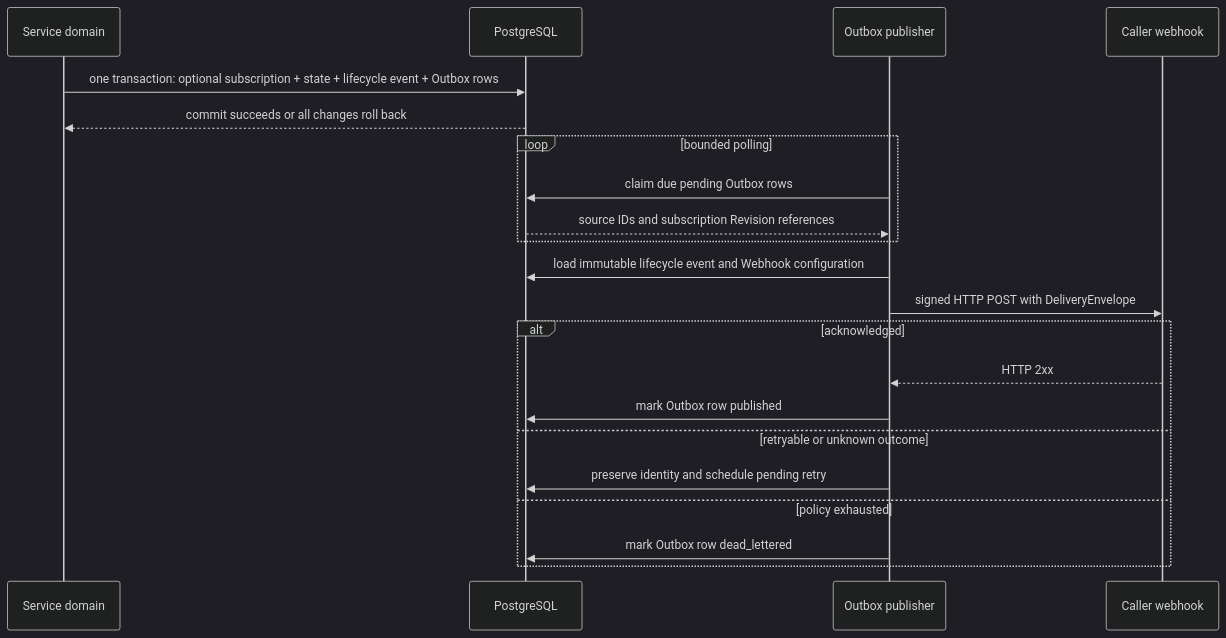
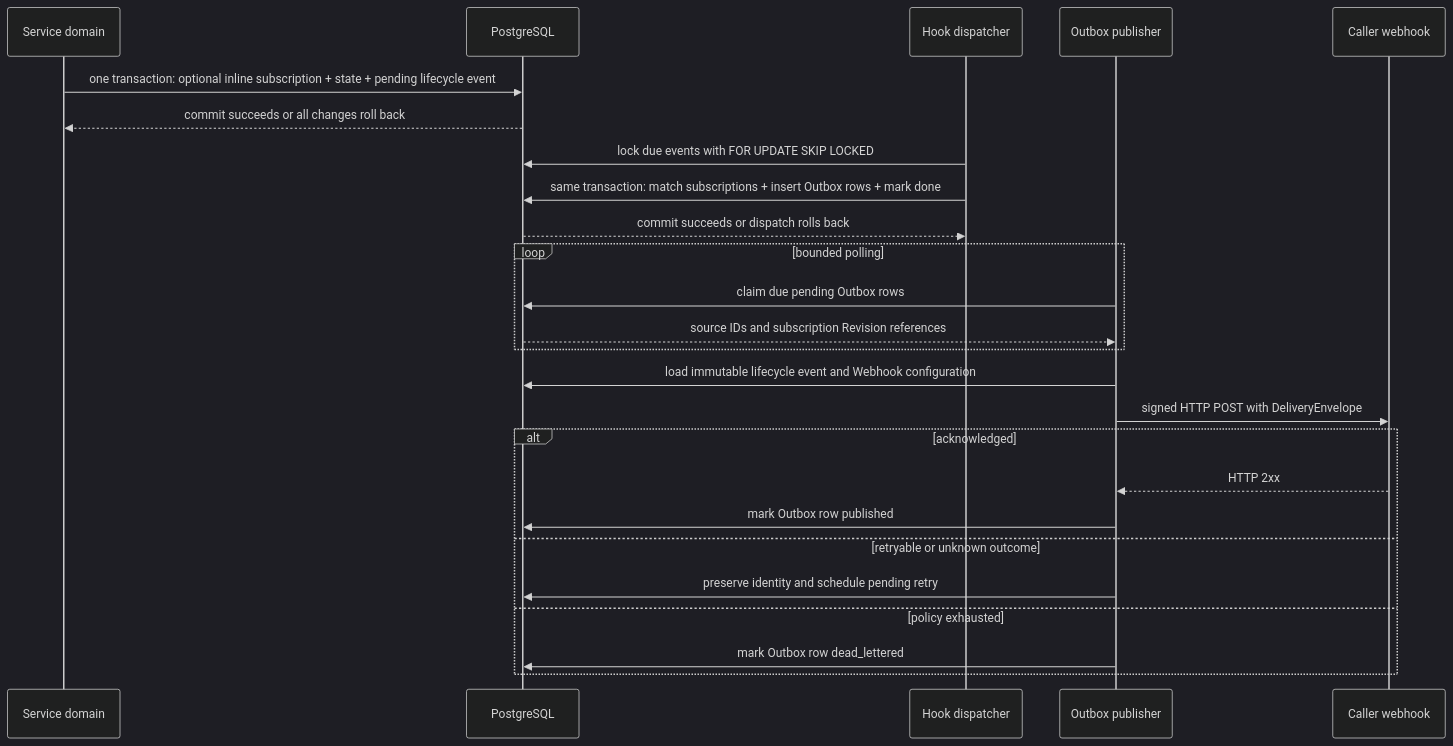
Before and after one commit to LTThreeComma/agent-foundation: the fourth of 4 diagrams in spec/a13n-service/26-hook-notifications.md, drawn with Mermaid (dark theme). The commit also changed other lines of this file and 47 other files, not shown here.

First line of the commit message:
feat(service)!: dispatch lifecycle webhooks asynchronously (#619)

````diff
--- a/spec/a13n-service/26-hook-notifications.md
+++ b/spec/a13n-service/26-hook-notifications.md
@@ -352,24 +361,28 @@
 ```mermaid
 sequenceDiagram
     participant Domain as Service domain
     participant DB as PostgreSQL
+    participant Dispatcher as Hook dispatcher
     participant Publisher as Outbox publisher
     participant Caller as Caller webhook
 
-    Domain->>DB: one transaction: optional subscription + state + lifecycle event + Outbox rows
+    Domain->>DB: one transaction: optional inline subscription + state + pending lifecycle event
     DB-->>Domain: commit succeeds or all changes roll back
+    Dispatcher->>DB: lock due events with FOR UPDATE SKIP LOCKED
+    Dispatcher->>DB: same transaction: match subscriptions + insert Outbox rows + mark done
+    DB-->>Dispatcher: commit succeeds or dispatch rolls back
     loop bounded polling
         Publisher->>DB: claim due pending Outbox rows
         DB-->>Publisher: source IDs and subscription Revision references
     end
     Publisher->>DB: load immutable lifecycle event and Webhook configuration
     Publisher->>Caller: signed HTTP POST with DeliveryEnvelope
     alt acknowledged
         Caller-->>Publisher: HTTP 2xx
         Publisher->>DB: mark Outbox row published
     else retryable or unknown outcome
         Publisher->>DB: preserve identity and schedule pending retry
     else policy exhausted
         Publisher->>DB: mark Outbox row dead_lettered
     end
 ```
````
